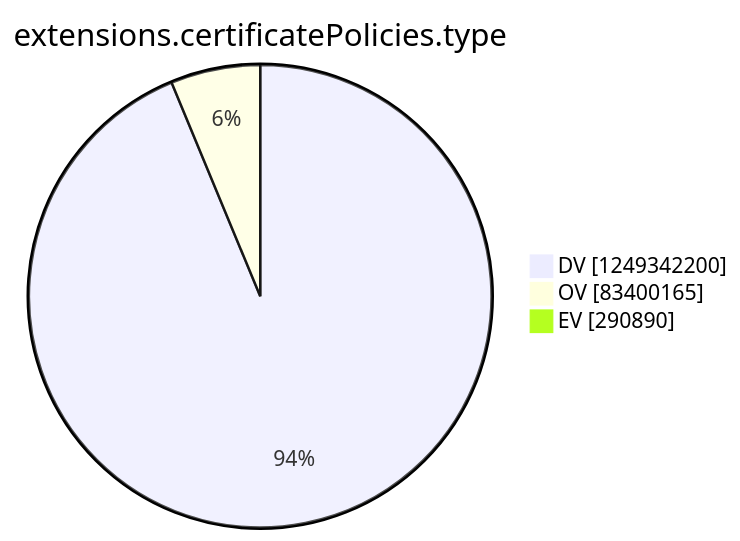
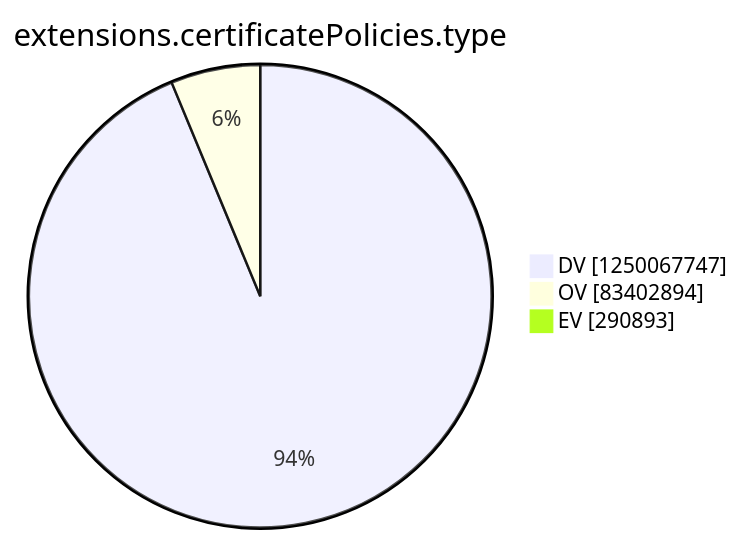
The tenth of 15 diagrams in argon2022/README.md (christiankrug/ctmonitor_visualization), drawn with Mermaid before and after one commit. The commit also changed other lines of this file, not shown here.

````diff
--- a/argon2022/README.md
+++ b/argon2022/README.md
@@ -2771,7 +2771,7 @@
 ```mermaid
 pie showData
 title extensions.certificatePolicies.type
-"DV" :1249342200
-"OV" :83400165
-"EV" :290890
+"DV" :1250067747
+"OV" :83402894
+"EV" :290893
 ```
````
